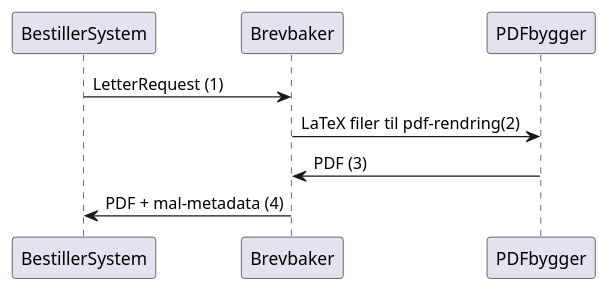
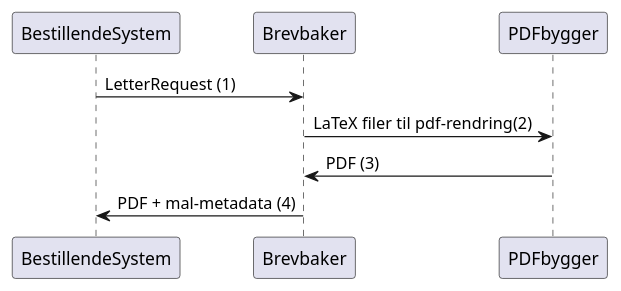
One commit to navikt/pensjonsbrev changed the first of 3 diagrams in docs/løsningsbeskrivelse.adoc. Above: the diagram before and after it, drawn with PlantUML. The commit also changed 3 other files, not shown here.

```diff
--- a/docs/løsningsbeskrivelse.adoc
+++ b/docs/løsningsbeskrivelse.adoc
@@ -14,7 +14,7 @@
 [plantuml, target=img/sekvens-diagram, format=svg]
 ....
-BestillerSystem -> Brevbaker: LetterRequest (1)
+BestillendeSystem -> Brevbaker: LetterRequest (1)
 Brevbaker -> PDFbygger: LaTeX filer til pdf-rendring(2)
 PDFbygger -> Brevbaker: PDF (3)
-Brevbaker -> BestillerSystem: PDF + mal-metadata (4)
+Brevbaker -> BestillendeSystem: PDF + mal-metadata (4)
 ....
```
